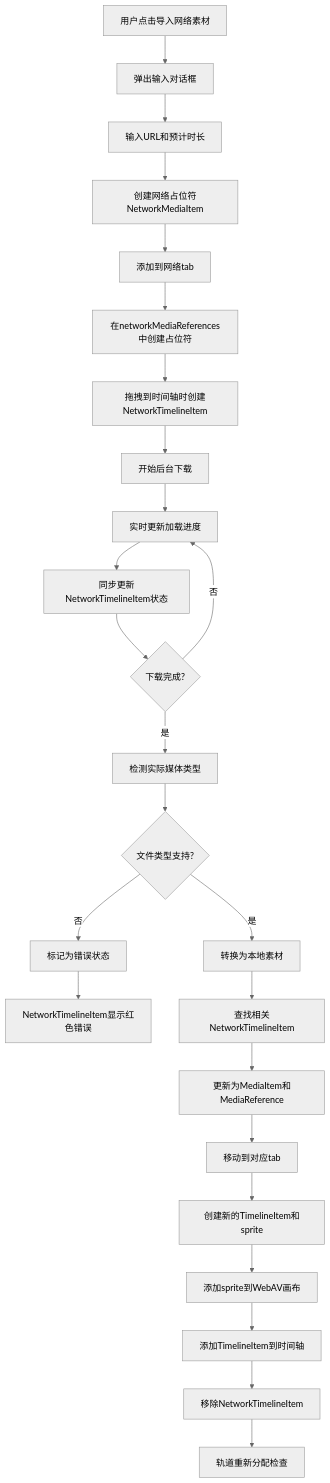
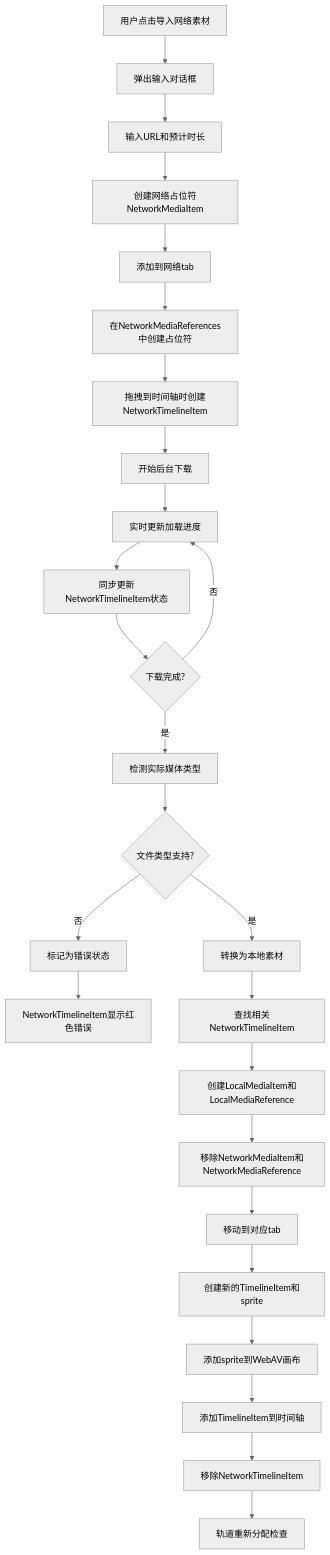
One commit to LyazS/aivideoeditor changed the diagram in docs/network-media-support-design.md. Above: the diagram before and after it, drawn with Mermaid (neutral theme). The commit also changed other lines of this file, not shown here.

````diff
--- a/docs/network-media-support-design.md
+++ b/docs/network-media-support-design.md
@@ -692,27 +802,28 @@
 ```mermaid
 graph TD
     A[用户点击导入网络素材] --> B[弹出输入对话框]
     B --> C[输入URL和预计时长]
     C --> D[创建网络占位符NetworkMediaItem]
     D --> E[添加到网络tab]
-    E --> F[在networkMediaReferences中创建占位符]
+    E --> F[在NetworkMediaReferences中创建占位符]
     F --> G[拖拽到时间轴时创建NetworkTimelineItem]
     G --> H[开始后台下载]
     H --> I[实时更新加载进度]
     I --> J[同步更新NetworkTimelineItem状态]
     J --> K{下载完成?}
     K -->|是| L[检测实际媒体类型]
     K -->|否| I
     L --> M{文件类型支持?}
     M -->|是| N[转换为本地素材]
     M -->|否| O[标记为错误状态]
     O --> P[NetworkTimelineItem显示红色错误]
     N --> Q[查找相关NetworkTimelineItem]
-    Q --> R[更新为MediaItem和MediaReference]
-    R --> S[移动到对应tab]
+    Q --> R[创建LocalMediaItem和LocalMediaReference]
+    R --> R1[移除NetworkMediaItem和NetworkMediaReference]
+    R1 --> S[移动到对应tab]
     S --> T[创建新的TimelineItem和sprite]
     T --> U[添加sprite到WebAV画布]
     U --> V[添加TimelineItem到时间轴]
     V --> W[移除NetworkTimelineItem]
     W --> X[轨道重新分配检查]
 ```
````
